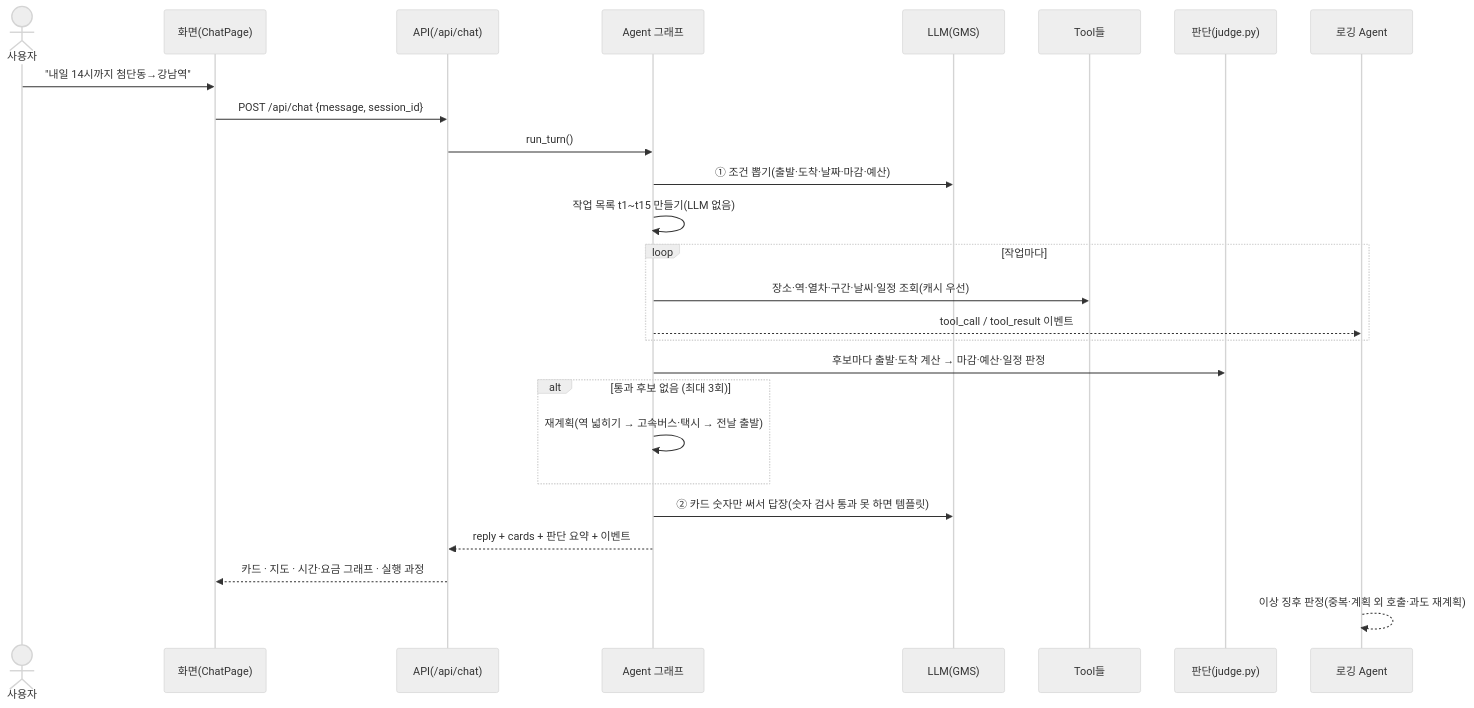
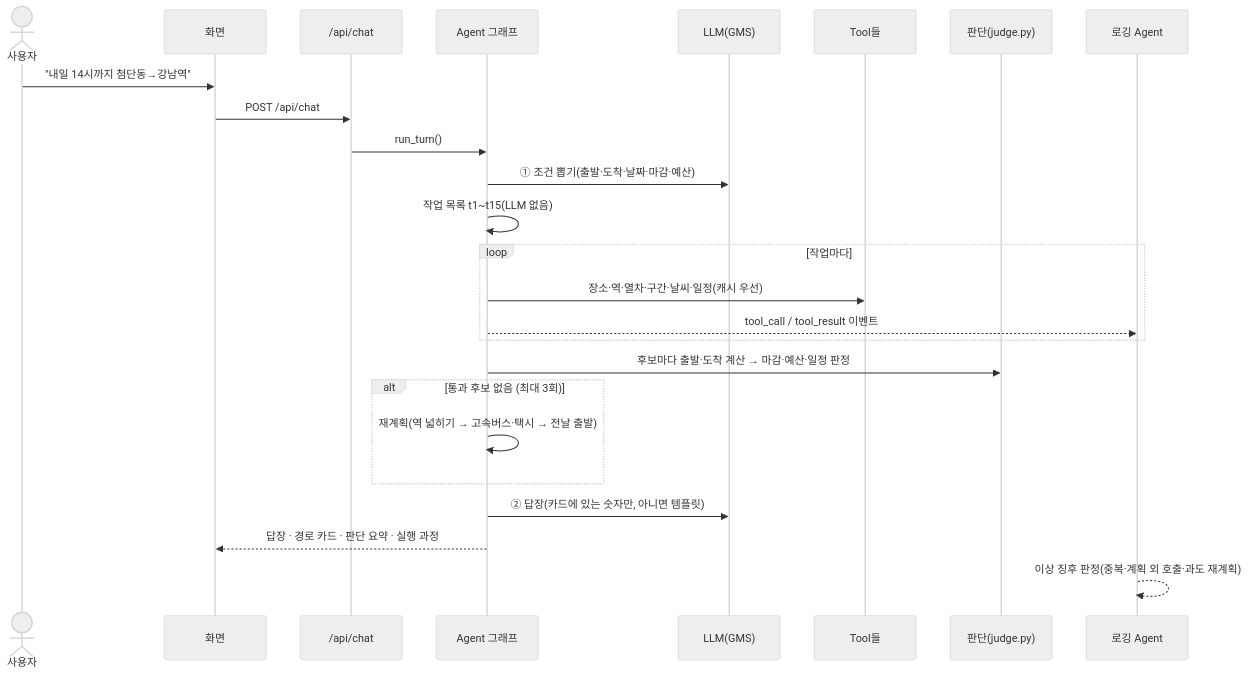
Before and after one commit to Jkim1647/ssafy16-route-planner: the first of 3 diagrams in README.md, drawn with Mermaid (neutral theme). The commit also changed other lines of this file and 3 other files, not shown here.

Commit message:
docs: README 재구성 — 프로젝트 소개·기술 스택 배지·아이콘 아키텍처 그림·ERD·설계 포인트·확장성, 과제 필수 항목 유지, 세부는 접기; 수정 위치 표는 인계 가이드로

````diff
--- a/README.md
+++ b/README.md
@@ -70,28 +57,27 @@
 ```mermaid
 sequenceDiagram
   actor U as 사용자
-  participant W as 화면(ChatPage)
-  participant R as API(/api/chat)
+  participant W as 화면
+  participant R as /api/chat
   participant G as Agent 그래프
   participant L as LLM(GMS)
   participant T as Tool들
   participant J as 판단(judge.py)
   participant E as 로깅 Agent
   U->>W: "내일 14시까지 첨단동→강남역"
-  W->>R: POST /api/chat {message, session_id}
+  W->>R: POST /api/chat
   R->>G: run_turn()
   G->>L: ① 조건 뽑기(출발·도착·날짜·마감·예산)
-  G->>G: 작업 목록 t1~t15 만들기(LLM 없음)
+  G->>G: 작업 목록 t1~t15(LLM 없음)
   loop 작업마다
-    G->>T: 장소·역·열차·구간·날씨·일정 조회(캐시 우선)
+    G->>T: 장소·역·열차·구간·날씨·일정(캐시 우선)
     G-->>E: tool_call / tool_result 이벤트
   end
   G->>J: 후보마다 출발·도착 계산 → 마감·예산·일정 판정
   alt 통과 후보 없음 (최대 3회)
     G->>G: 재계획(역 넓히기 → 고속버스·택시 → 전날 출발)
   end
-  G->>L: ② 카드 숫자만 써서 답장(숫자 검사 통과 못 하면 템플릿)
-  G-->>R: reply + cards + 판단 요약 + 이벤트
-  R-->>W: 카드 · 지도 · 시간·요금 그래프 · 실행 과정
+  G->>L: ② 답장(카드에 있는 숫자만, 아니면 템플릿)
+  G-->>W: 답장 · 경로 카드 · 판단 요약 · 실행 과정
   E-->>E: 이상 징후 판정(중복·계획 외 호출·과도 재계획)
 ```
````
